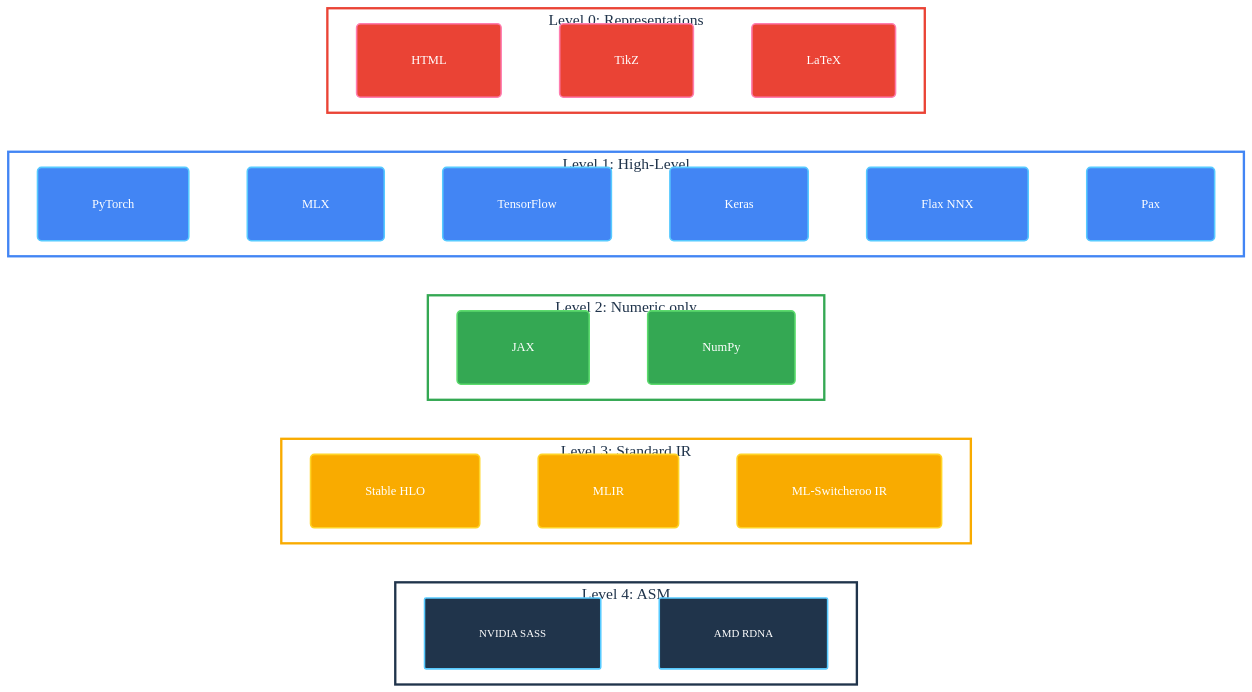
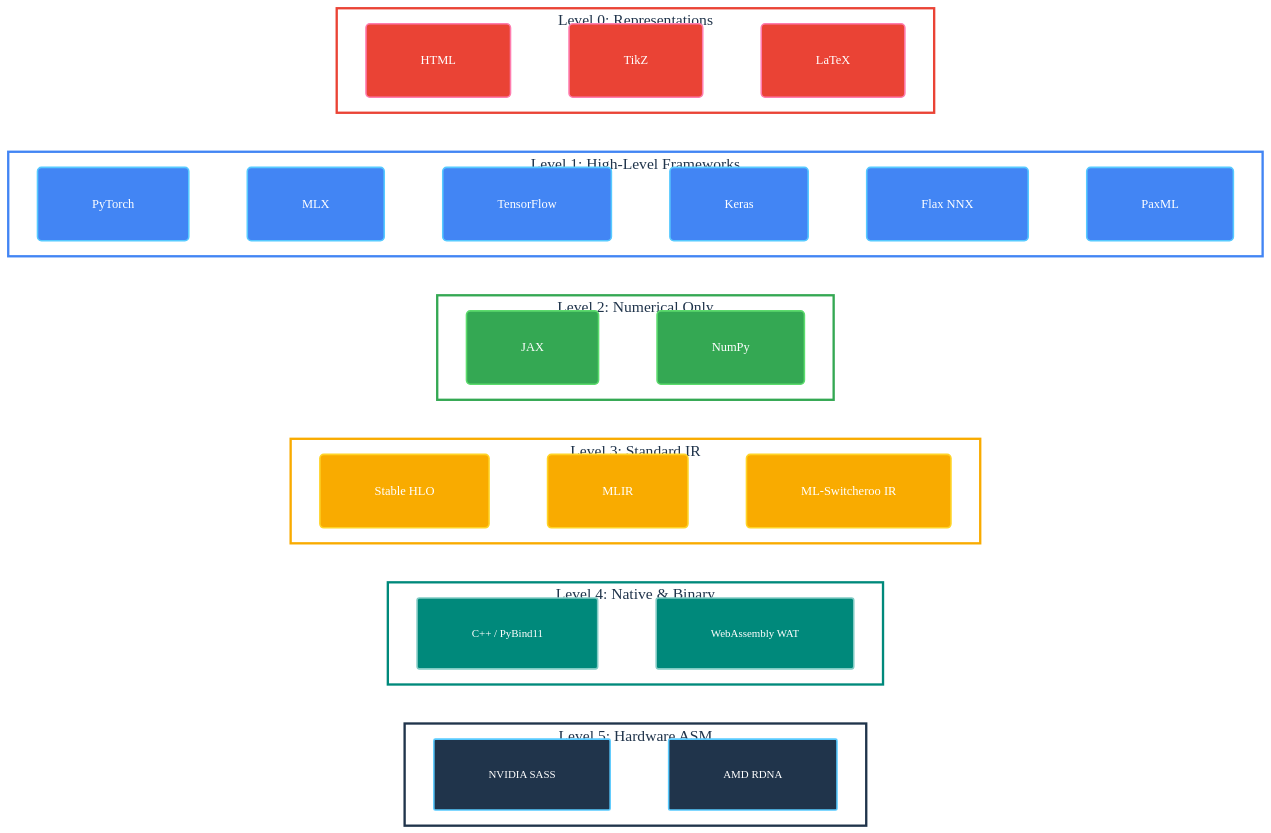
The first of 2 diagrams in README.md (SamuelMarks/ml-switcheroo), drawn with Mermaid before and after one commit. The commit also changed other lines of this file and 7 other files, not shown here.

````diff
--- a/README.md
+++ b/README.md
@@ -33,15 +35,18 @@
 %% Level 3: Yellow (Intermediate)
     classDef l3Node fill: #f9ab00, stroke: #ffd427, stroke-width: 2px, color: white, font-family: 'Google Sans Normal', font-size: 16px, rx: 5px, ry: 5px;
 
-%% Hardware: Navy (NVIDIA_SASS) - Roboto Mono
+%% Level 4: Teal (Native & Web)
+    classDef l4Node fill: #00897b, stroke: #80cbc4, stroke-width: 2px, color: white, font-family: 'Roboto Mono Normal', font-size: 14px, rx: 3px, ry: 3px;
+
+%% Level 5: Navy (Hardware ASM) - Roboto Mono
     classDef asmNode fill: #20344b, stroke: #57caff, stroke-width: 2px, color: white, font-family: 'Roboto Mono Normal', font-size: 14px, rx: 2px, ry: 2px;
 
 %% --- 2. Subgraph Styling ---
-%% White backgrounds to ensure text readability + visual grouping
     classDef containerL0 fill: white, stroke: #ea4335, stroke-width: 3px, color: #20344b, font-family: 'Google Sans Medium', font-size: 20px;
     classDef containerL1 fill: white, stroke: #4285f4, stroke-width: 3px, color: #20344b, font-family: 'Google Sans Medium', font-size: 20px;
     classDef containerL2 fill: white, stroke: #34a853, stroke-width: 3px, color: #20344b, font-family: 'Google Sans Medium', font-size: 20px;
     classDef containerL3 fill: white, stroke: #f9ab00, stroke-width: 3px, color: #20344b, font-family: 'Google Sans Medium', font-size: 20px;
+    classDef containerL4 fill: white, stroke: #00897b, stroke-width: 3px, color: #20344b, font-family: 'Google Sans Medium', font-size: 20px;
     classDef containerHW fill: white, stroke: #20344b, stroke-width: 3px, color: #20344b, font-family: 'Google Sans Medium', font-size: 20px;
 
 %% --- 3. Diagram Structure ---
@@ -51,12 +56,12 @@
         HTML ~~~ TikZ ~~~ LaTeX
     end
 
-    subgraph L1 [Level 1: High-Level]
+    subgraph L1 [Level 1: High-Level Frameworks]
         direction LR
-        PyTorch ~~~ MLX ~~~ TensorFlow ~~~ Keras ~~~ FlaxNNX[Flax NNX] ~~~ Pax
+        PyTorch ~~~ MLX ~~~ TensorFlow ~~~ Keras ~~~ FlaxNNX[Flax NNX] ~~~ PaxML
     end
 
-    subgraph L2 [Level 2: Numeric only]
+    subgraph L2 [Level 2: Numerical Only]
         direction LR
         JAX ~~~ NumPy
     end
@@ -66,7 +71,12 @@
         StableHLO[Stable HLO] ~~~ MLIR ~~~ IR[ML-Switcheroo IR]
     end
 
-    subgraph LBottom [Level 4: ASM]
+    subgraph L4 [Level 4: Native & Binary]
+        direction LR
+        Cpp[C++ / PyBind11] ~~~ WAT[WebAssembly WAT]
+    end
+
+    subgraph LBottom [Level 5: Hardware ASM]
         direction LR
         NVIDIA_SASS[NVIDIA SASS] ~~~ RDNA[AMD RDNA]
     end
@@ -75,17 +85,20 @@
     TikZ ~~~ TensorFlow
     TensorFlow ~~~ JAX
     JAX ~~~ StableHLO
-    StableHLO ~~~ NVIDIA_SASS
+    StableHLO ~~~ Cpp
+    Cpp ~~~ NVIDIA_SASS
+
 %% --- 5. Apply Styles ---
     class HTML,TikZ,LaTeX l0Node;
-    class PyTorch,MLX,TensorFlow,Keras,FlaxNNX,Pax l1Node;
+    class PyTorch,MLX,TensorFlow,Keras,FlaxNNX,PaxML l1Node;
     class JAX,NumPy l2Node;
     class StableHLO,MLIR,IR l3Node;
-    class NVIDIA_SASS asmNode;
-    class RDNA asmNode;
+    class Cpp,WAT l4Node;
+    class NVIDIA_SASS,RDNA asmNode;
     class L0 containerL0;
     class L1 containerL1;
     class L2 containerL2;
     class L3 containerL3;
+    class L4 containerL4;
     class LBottom containerHW;
 ```
````
